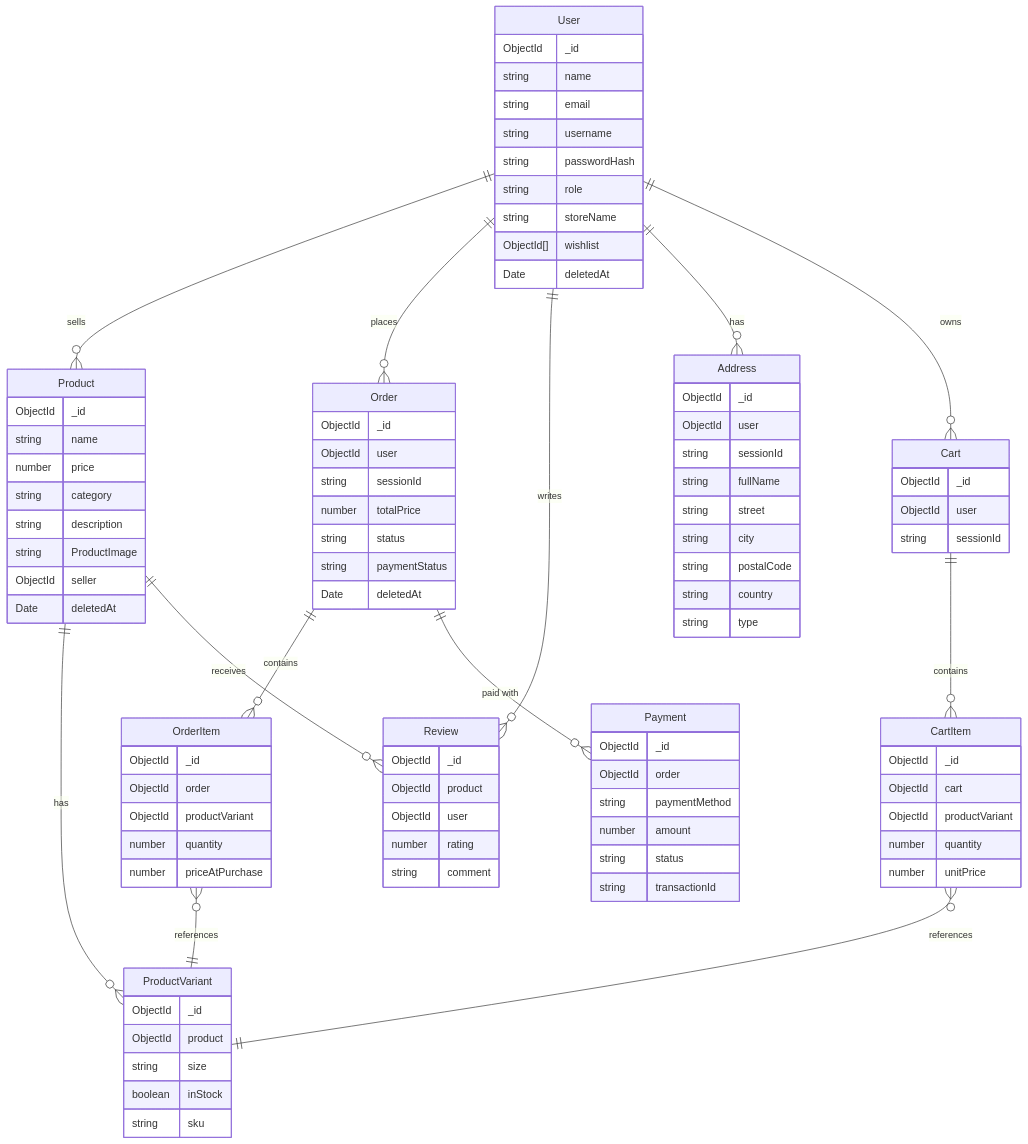
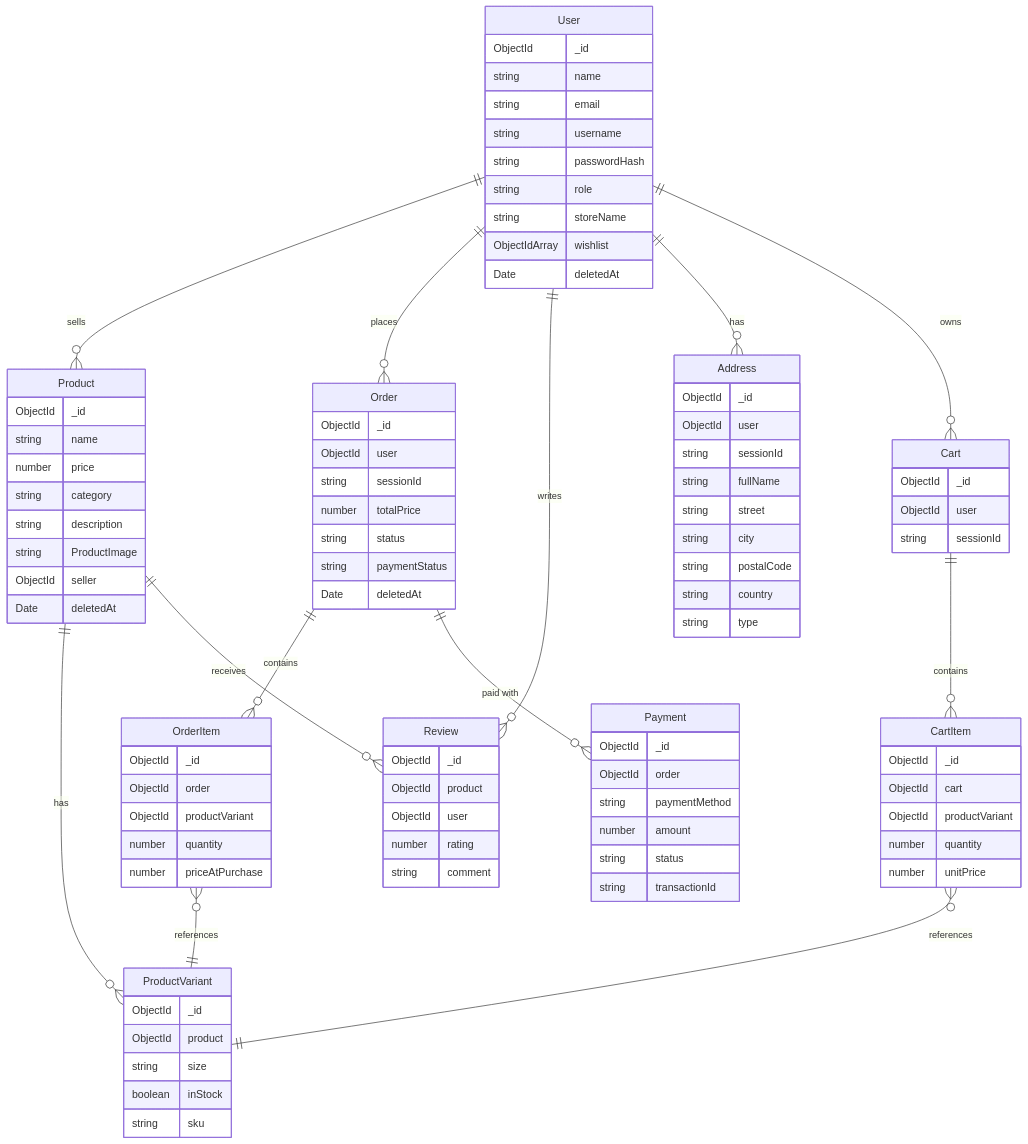
The sixth of 6 diagrams in docs/ARCHITECTURE.md (meskilsson/ShopFlow), drawn with Mermaid before and after one commit. The commit also changed other lines of this file and 3 other files, not shown here.

```diff
--- a/docs/ARCHITECTURE.md
+++ b/docs/ARCHITECTURE.md
@@ -172,7 +174,7 @@
         string passwordHash
         string role
         string storeName
-        ObjectId[] wishlist
+        ObjectIdArray wishlist
         Date deletedAt
     }
     Product {
```
